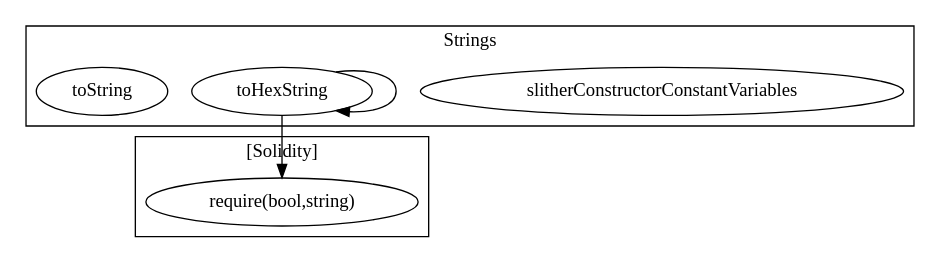
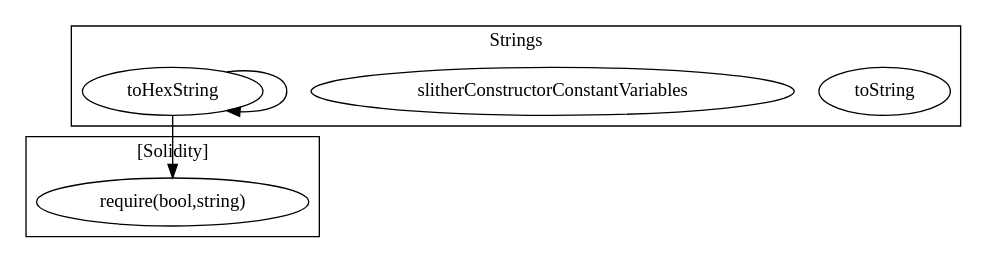
One commit to FlipsideCrypto/badger changed the diagram in contracts/build/...Strings.call-graph.dot. Above: the diagram before and after it, drawn with Graphviz. The commit also changed other lines of this file and 21 other files, not shown here.

```diff
--- a/contracts/build/...Strings.call-graph.dot
+++ b/contracts/build/...Strings.call-graph.dot
@@ -1,13 +1,13 @@
 strict digraph {
 subgraph cluster_2669_Strings {
 label = "Strings"
+"2669_toString" [label="toString"]
 "2669_slitherConstructorConstantVariables" [label="slitherConstructorConstantVariables"]
 "2669_toHexString" [label="toHexString"]
-"2669_toString" [label="toString"]
 "2669_toHexString" -> "2669_toHexString"
 }subgraph cluster_solidity {
 label = "[Solidity]"
 "require(bool,string)" 
 "2669_toHexString" -> "require(bool,string)"
 }
 }
```
